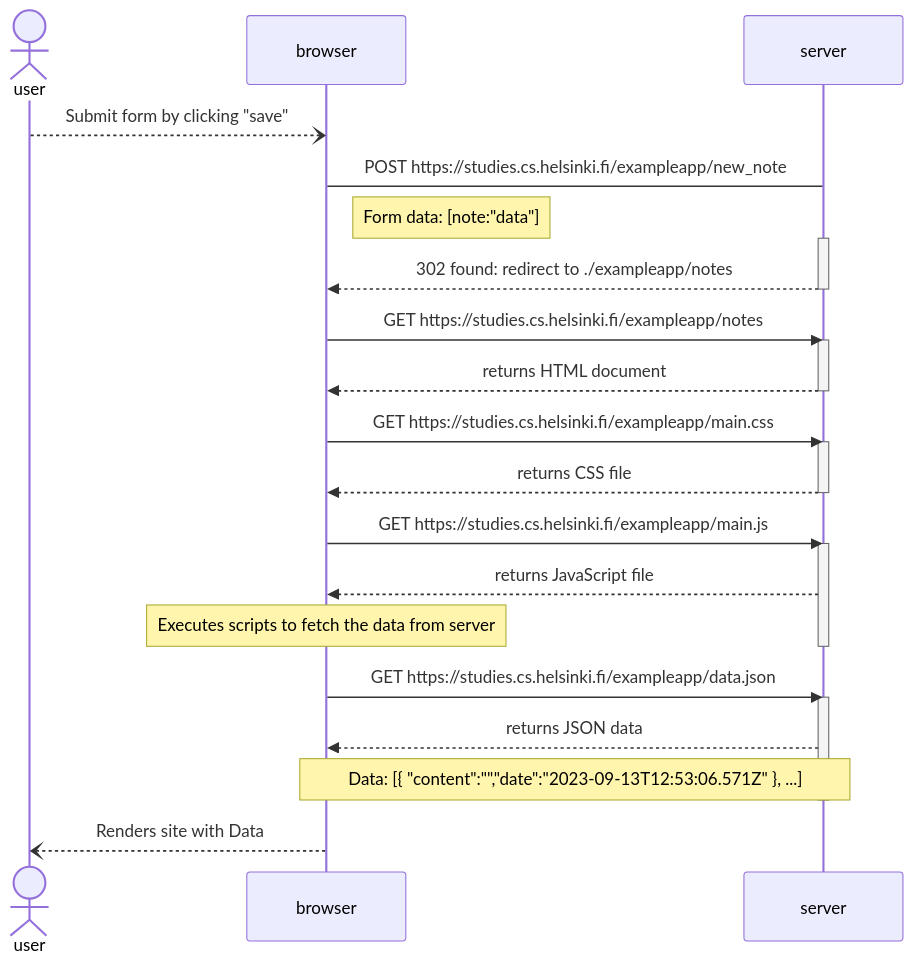
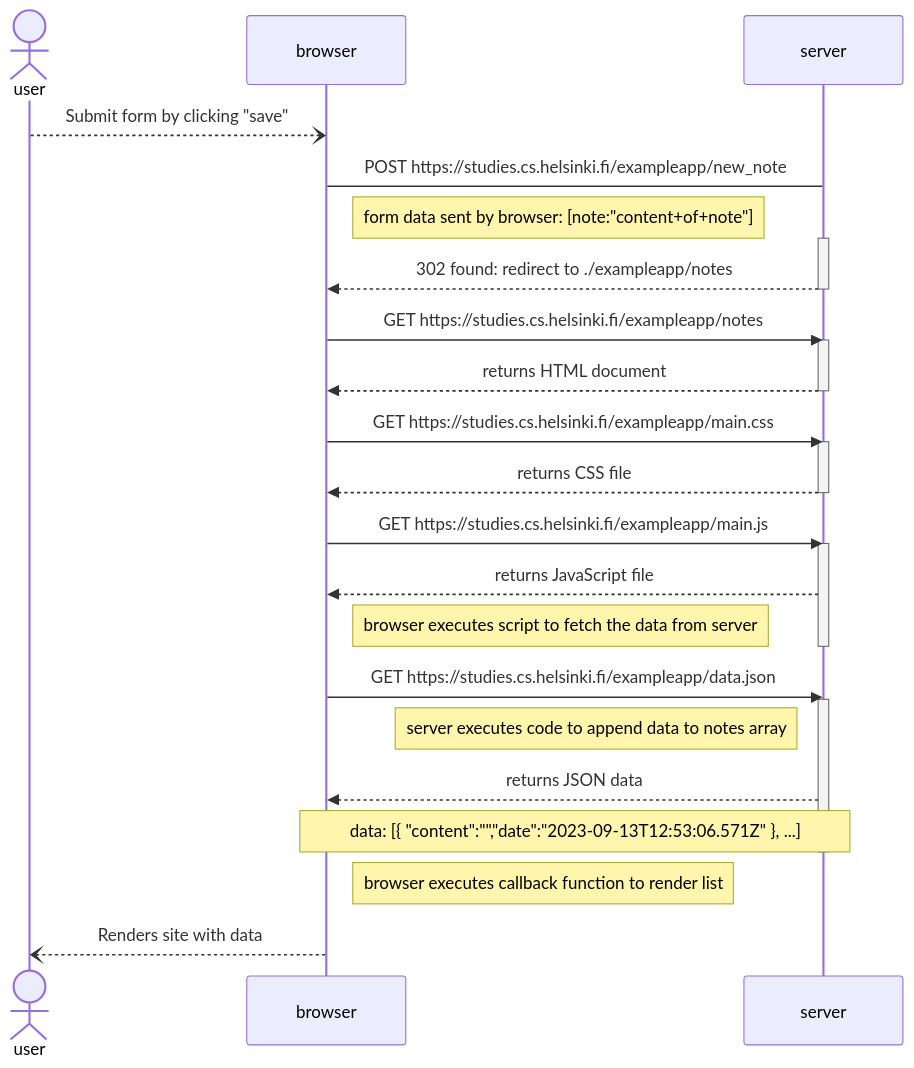
The diagram in part0/0.4-new-note-diagram.md (Dani-0TB/fullstack-open-submissions), drawn with Mermaid before and after one commit. The commit also changed other lines of this file and 1 other file, not shown here.

Commit message:
polished diagram 1

````diff
--- a/part0/0.4-new-note-diagram.md
+++ b/part0/0.4-new-note-diagram.md
@@ -3,39 +3,40 @@
 ```mermaid
 
 sequenceDiagram
   actor user
   participant browser
   participant server
 
   user--)browser: Submit form by clicking "save"
   browser->server: POST https://studies.cs.helsinki.fi/exampleapp/new_note
-  note right of browser: Form data: [note:"data"]
+  note right of browser: form data sent by browser: [note:"content+of+note"]
   activate server
   server-->>browser: 302 found: redirect to ./exampleapp/notes
   deactivate server
 
   browser->>server: GET https://studies.cs.helsinki.fi/exampleapp/notes
   activate server
   server-->>browser: returns HTML document
   deactivate server
 
   browser->>server: GET https://studies.cs.helsinki.fi/exampleapp/main.css
   activate server
   server-->>browser: returns CSS file
   deactivate server
 
   browser->>server: GET https://studies.cs.helsinki.fi/exampleapp/main.js
   activate server
   server-->>browser: returns JavaScript file
-  note over browser: Executes scripts to fetch the data from server
+  note right of browser: browser executes script to fetch the data from server
   deactivate server
   
   browser->>server: GET https://studies.cs.helsinki.fi/exampleapp/data.json
   activate server
+  note left of server: server executes code to append data to notes array
   server-->>browser: returns JSON data
-  note over browser,server: Data: [{ "content":"","date":"2023-09-13T12:53:06.571Z" }, ...]
+  note over browser,server: data: [{ "content":"","date":"2023-09-13T12:53:06.571Z" }, ...]
   deactivate server
-
-  browser--)user: Renders site with Data
+  note right of browser: browser executes callback function to render list
+  browser--)user: Renders site with data
 
 ```
````
